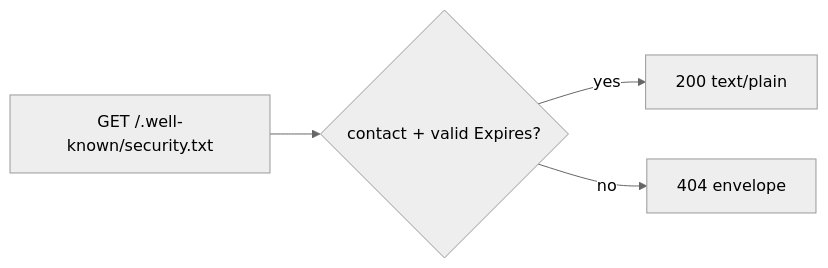
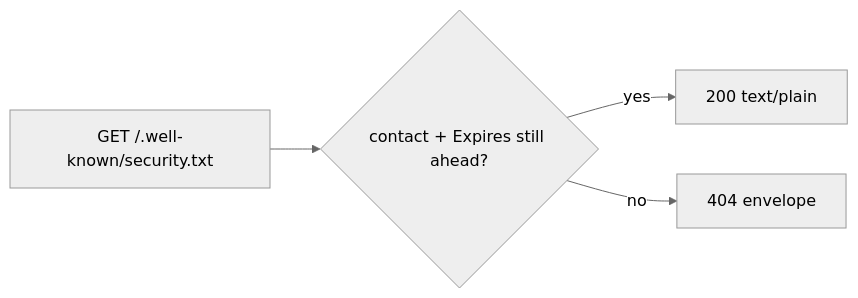
One commit to Guebbit/boilerplate-node-backend changed the third of 3 diagrams in docs/tools/security.md. Above: the diagram before and after it, drawn with Mermaid (neutral theme). The commit also changed other lines of this file and 6 other files, not shown here.

First line of the commit message:
fix(security-txt): stop serving an expired file, and drop the boot warning it made redundant

````diff
--- a/docs/tools/security.md
+++ b/docs/tools/security.md
@@ -623,6 +624,6 @@
 ```mermaid
 flowchart LR
-    R[GET /.well-known/security.txt] --> C{contact + valid Expires?}
+    R[GET /.well-known/security.txt] --> C{contact + Expires still ahead?}
     C -- yes --> T[200 text/plain]
     C -- no --> N[404 envelope]
 ```
````
